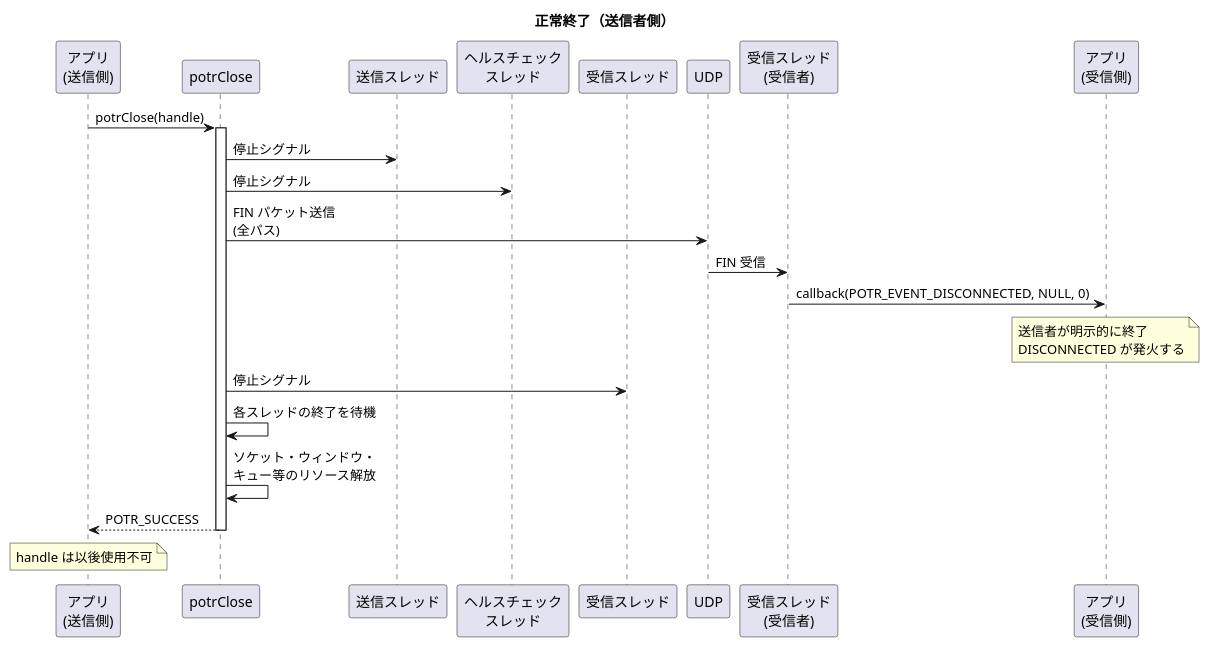
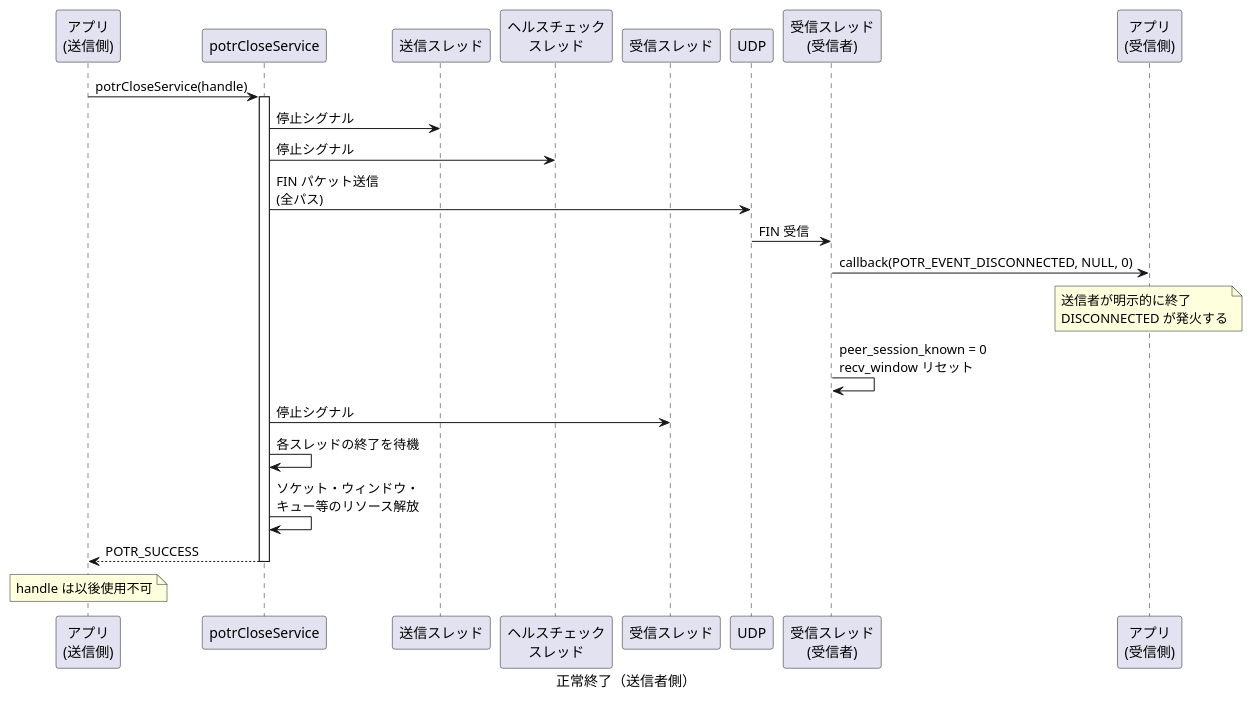
One commit to Hondarer/c-modernization-kit changed the tenth of 12 diagrams in prod/porter/docs/sequence.md. Above: the diagram before and after it, drawn with PlantUML. The commit also changed other lines of this file and 13 other files, not shown here.

````diff
--- a/prod/porter/docs/sequence.md
+++ b/prod/porter/docs/sequence.md
@@ -390,37 +358,38 @@
 ```plantuml
-@startuml
-title 正常終了（送信者側）
+@startuml 正常終了（送信者側）
+caption 正常終了（送信者側）
 
 participant "アプリ\n(送信側)" as SAPP
-participant "potrClose" as CLOSE
+participant "potrCloseService" as CLOSE
 participant "送信スレッド" as ST
 participant "ヘルスチェック\nスレッド" as HT
 participant "受信スレッド" as RT
 participant "UDP" as UDP
 participant "受信スレッド\n(受信者)" as RRT
 participant "アプリ\n(受信側)" as RAPP
 
-SAPP -> CLOSE: potrClose(handle)
+SAPP -> CLOSE: potrCloseService(handle)
 activate CLOSE
 
 CLOSE -> ST: 停止シグナル
 CLOSE -> HT: 停止シグナル
 
 CLOSE -> UDP: FIN パケット送信\n(全パス)
 
 UDP -> RRT: FIN 受信
 RRT -> RAPP: callback(POTR_EVENT_DISCONNECTED, NULL, 0)
 note over RAPP: 送信者が明示的に終了\nDISCONNECTED が発火する
+RRT -> RRT: peer_session_known = 0\nrecv_window リセット
 
 CLOSE -> RT: 停止シグナル
 
 CLOSE -> CLOSE: 各スレッドの終了を待機
 CLOSE -> CLOSE: ソケット・ウィンドウ・\nキュー等のリソース解放
 
 CLOSE --> SAPP: POTR_SUCCESS
 deactivate CLOSE
 
 note over SAPP: handle は以後使用不可
 
 @enduml
 ```
````
